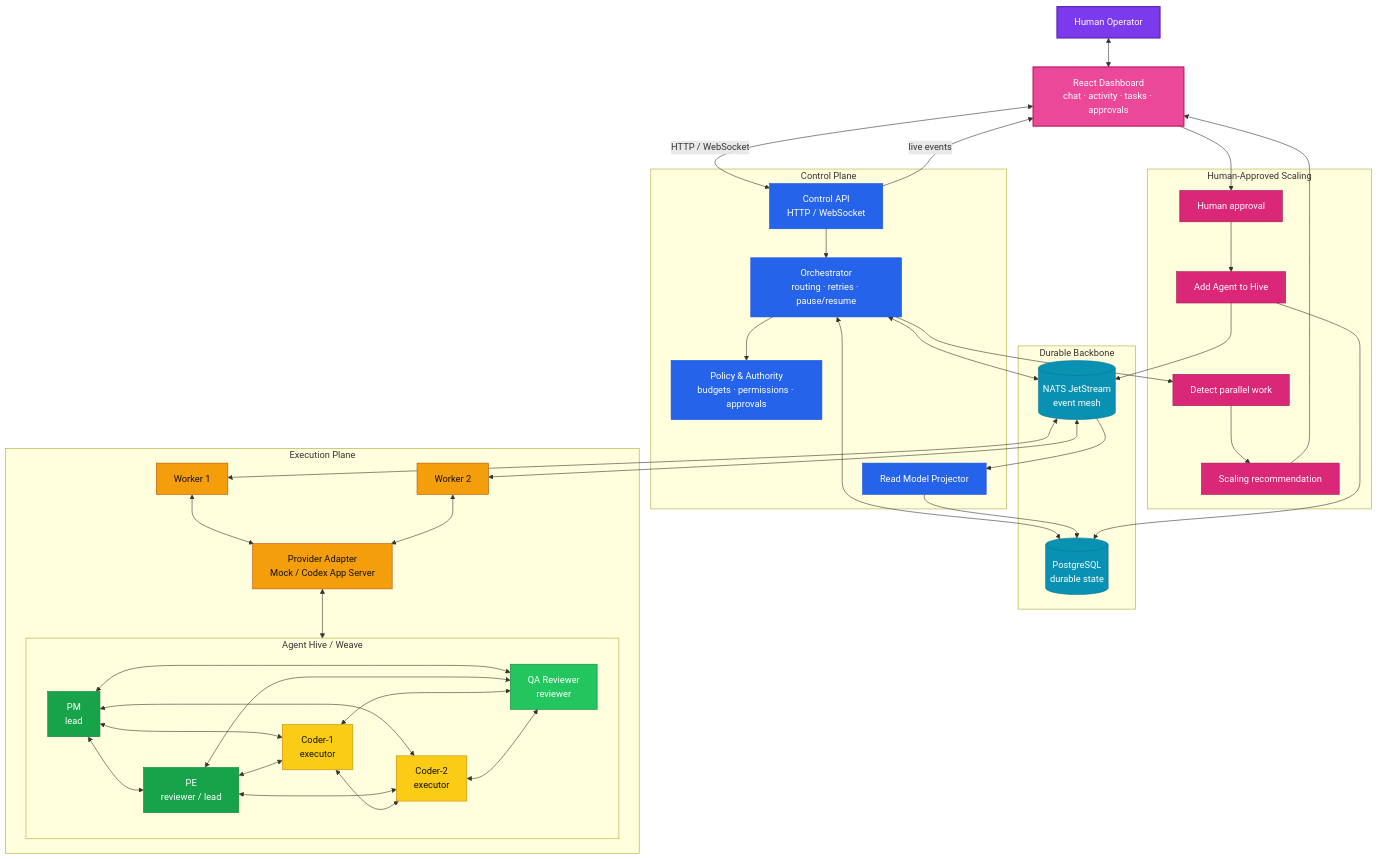
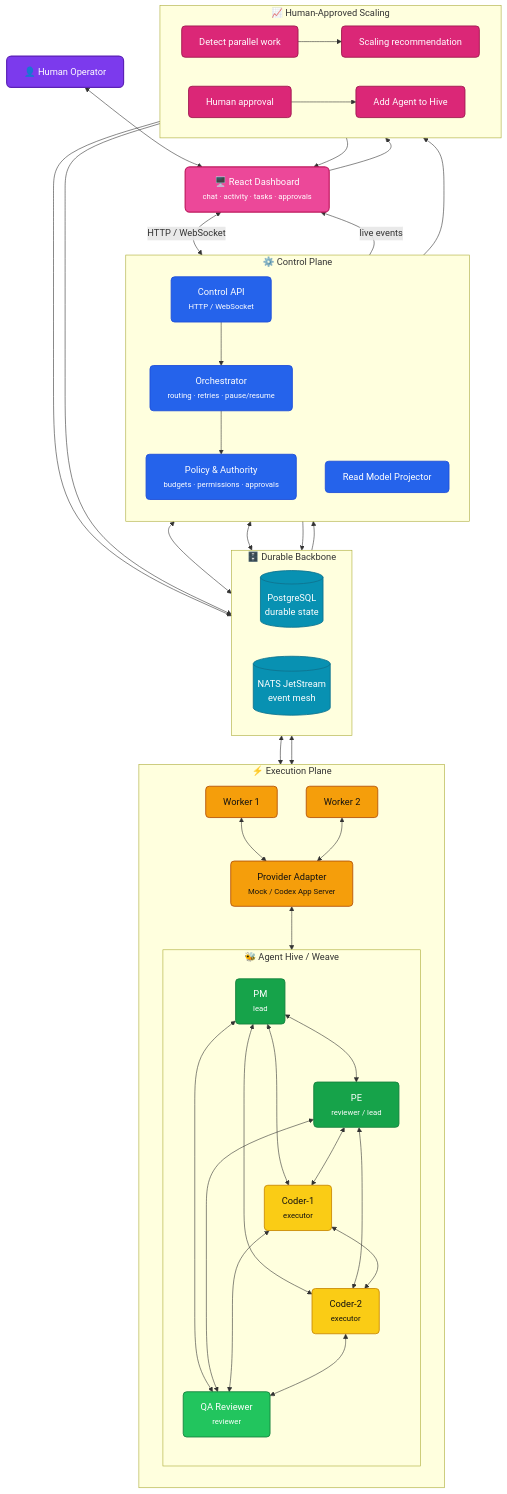
One commit to bayshanhai-dev/agentweave changed the diagram in docs/architecture.mmd. Above: the diagram before and after it, drawn with Mermaid.

Commit message:
doc: update mermaid architecture diagram

```diff
--- a/docs/architecture.mmd
+++ b/docs/architecture.mmd
@@ -1,80 +1,103 @@
 flowchart TB
-    Human["Human Operator"]
-    Dashboard["React Dashboard<br/>chat · activity · tasks · approvals"]
-    subgraph Control["Control Plane"]
-        API["Control API<br/>HTTP / WebSocket"]
-        Orch["Orchestrator<br/>routing · retries · pause/resume"]
-        Policy["Policy & Authority<br/>budgets · permissions · approvals"]
+    %% ── Actors ──────────────────────────────────────────────
+    Human["👤 Human Operator"]
+    Dashboard["🖥️ React Dashboard<br/><small>chat · activity · tasks · approvals</small>"]
+
+    %% ── Control Plane ───────────────────────────────────────
+    subgraph Control["⚙️ Control Plane"]
+        direction TB
+        API["Control API<br/><small>HTTP / WebSocket</small>"]
+        Orch["Orchestrator<br/><small>routing · retries · pause/resume</small>"]
+        Policy["Policy & Authority<br/><small>budgets · permissions · approvals</small>"]
         Projector["Read Model Projector"]
     end
-    subgraph Durable["Durable Backbone"]
+
+    %% ── Durable Backbone ────────────────────────────────────
+    subgraph Durable["🗄️ Durable Backbone"]
+        direction LR
         DB[("PostgreSQL<br/>durable state")]
         NATS[("NATS JetStream<br/>event mesh")]
     end
-    subgraph Execution["Execution Plane"]
+
+    %% ── Execution Plane ─────────────────────────────────────
+    subgraph Execution["⚡ Execution Plane"]
+        direction TB
         W1["Worker 1"]
         W2["Worker 2"]
-        Provider["Provider Adapter<br/>Mock / Codex App Server"]
-        subgraph Hive["Agent Hive / Weave"]
-            PM["PM<br/>lead"]
-            PE["PE<br/>reviewer / lead"]
-            Coder1["Coder-1<br/>executor"]
-            Coder2["Coder-2<br/>executor"]
-            QA["QA Reviewer<br/>reviewer"]
+        Provider["Provider Adapter<br/><small>Mock / Codex App Server</small>"]
+
+        subgraph Hive["🐝 Agent Hive / Weave"]
+            direction TB
+            PM["PM<br/><small>lead</small>"]
+            PE["PE<br/><small>reviewer / lead</small>"]
+            Coder1["Coder-1<br/><small>executor</small>"]
+            Coder2["Coder-2<br/><small>executor</small>"]
+            QA["QA Reviewer<br/><small>reviewer</small>"]
+
             PM <--> PE
             PM <--> Coder1
             PM <--> Coder2
             PM <--> QA
             PE <--> Coder1
             PE <--> Coder2
             PE <--> QA
             Coder1 <--> Coder2
             Coder1 <--> QA
             Coder2 <--> QA
         end
     end
-    subgraph Scaling["Human-Approved Scaling"]
+
+    %% ── Human-Approved Scaling ──────────────────────────────
+    subgraph Scaling["📈 Human-Approved Scaling"]
+        direction LR
         Detect["Detect parallel work"]
         Rec["Scaling recommendation"]
         Approve["Human approval"]
         Create["Add Agent to Hive"]
     end
+
+    %% ── Main Flows ──────────────────────────────────────────
     Human <--> Dashboard
-    Dashboard <-->|HTTP / WebSocket| API
+    Dashboard <-->|"HTTP / WebSocket"| API
+    API -->|"live events"| Dashboard
     API --> Orch
-    API -->|live events| Dashboard
     Orch --> Policy
     Orch <--> DB
     Orch <--> NATS
     NATS --> Projector
     Projector --> DB
     NATS <--> W1
     NATS <--> W2
     W1 <--> Provider
     W2 <--> Provider
     Provider <--> Hive
+
+    %% Scaling loop
     Orch --> Detect
     Detect --> Rec
     Rec --> Dashboard
     Dashboard --> Approve
     Approve --> Create
     Create --> DB
     Create --> NATS
-    classDef human fill:#7c3aed,stroke:#5b21b6,color:#fff,stroke-width:2px;
-    classDef dashboard fill:#ec4899,stroke:#be185d,color:#fff,stroke-width:2px;
-    classDef control fill:#2563eb,stroke:#1d4ed8,color:#fff;
-    classDef durable fill:#0891b2,stroke:#0e7490,color:#fff;
-    classDef worker fill:#f59e0b,stroke:#b45309,color:#111;
-    classDef lead fill:#16a34a,stroke:#15803d,color:#fff;
-    classDef reviewer fill:#22c55e,stroke:#15803d,color:#fff;
-    classDef executor fill:#facc15,stroke:#ca8a04,color:#111;
-    classDef scaling fill:#db2777,stroke:#9d174d,color:#fff;
-    class Human human;
-    class Dashboard dashboard;
-    class API,Orch,Policy,Projector control;
-    class DB,NATS durable;
-    class W1,W2,Provider worker;
-    class PM,PE lead;
-    class QA reviewer;
-    class Coder1,Coder2 executor;
-    class Detect,Rec,Approve,Create scaling;
+
+    %% ── Styling ─────────────────────────────────────────────
+    classDef human fill:#7c3aed,stroke:#5b21b6,color:#fff,stroke-width:2px,rx:8,ry:8
+    classDef dashboard fill:#ec4899,stroke:#be185d,color:#fff,stroke-width:2px,rx:8,ry:8
+    classDef control fill:#2563eb,stroke:#1d4ed8,color:#fff,stroke-width:1.5px,rx:6,ry:6
+    classDef durable fill:#0891b2,stroke:#0e7490,color:#fff,stroke-width:1.5px
+    classDef worker fill:#f59e0b,stroke:#b45309,color:#111,stroke-width:1.5px,rx:6,ry:6
+    classDef lead fill:#16a34a,stroke:#15803d,color:#fff,stroke-width:1.5px,rx:6,ry:6
+    classDef reviewer fill:#22c55e,stroke:#15803d,color:#fff,stroke-width:1.5px,rx:6,ry:6
+    classDef executor fill:#facc15,stroke:#ca8a04,color:#111,stroke-width:1.5px,rx:6,ry:6
+    classDef scaling fill:#db2777,stroke:#9d174d,color:#fff,stroke-width:1.5px,rx:6,ry:6
+
+    class Human human
+    class Dashboard dashboard
+    class API,Orch,Policy,Projector control
+    class DB,NATS durable
+    class W1,W2,Provider worker
+    class PM,PE lead
+    class QA reviewer
+    class Coder1,Coder2 executor
+    class Detect,Rec,Approve,Create scaling
```
